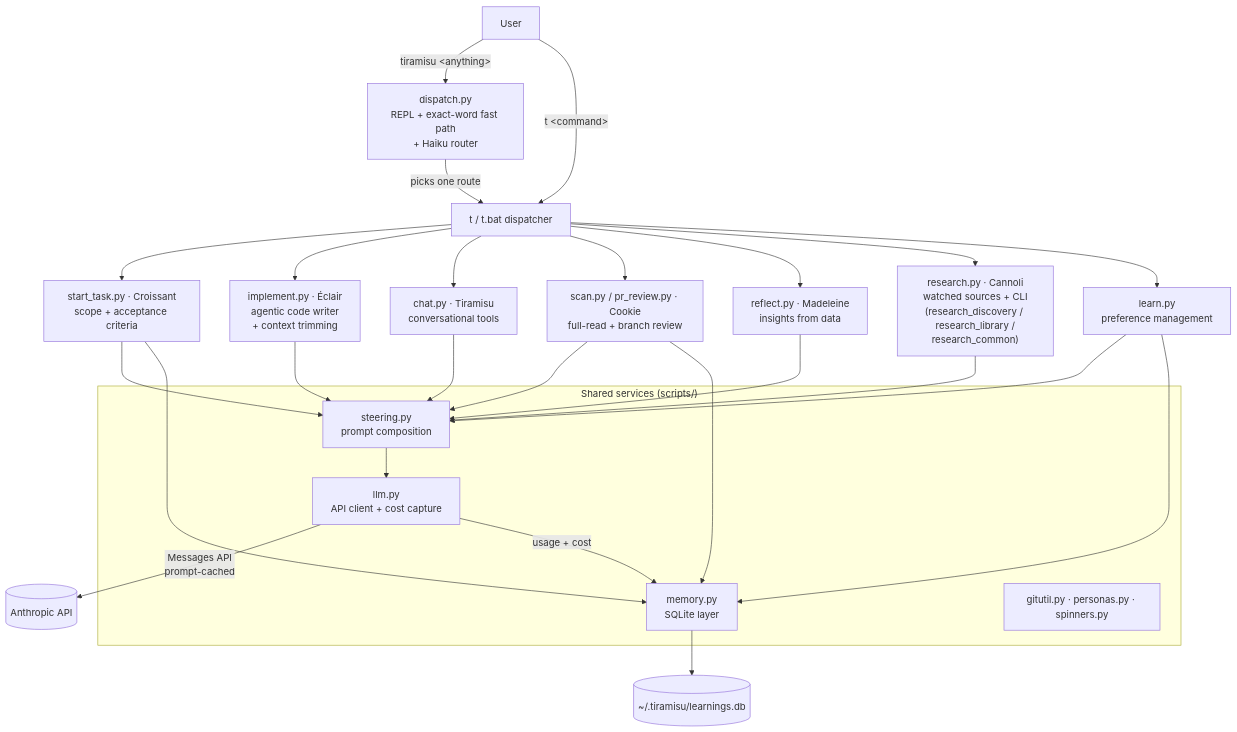
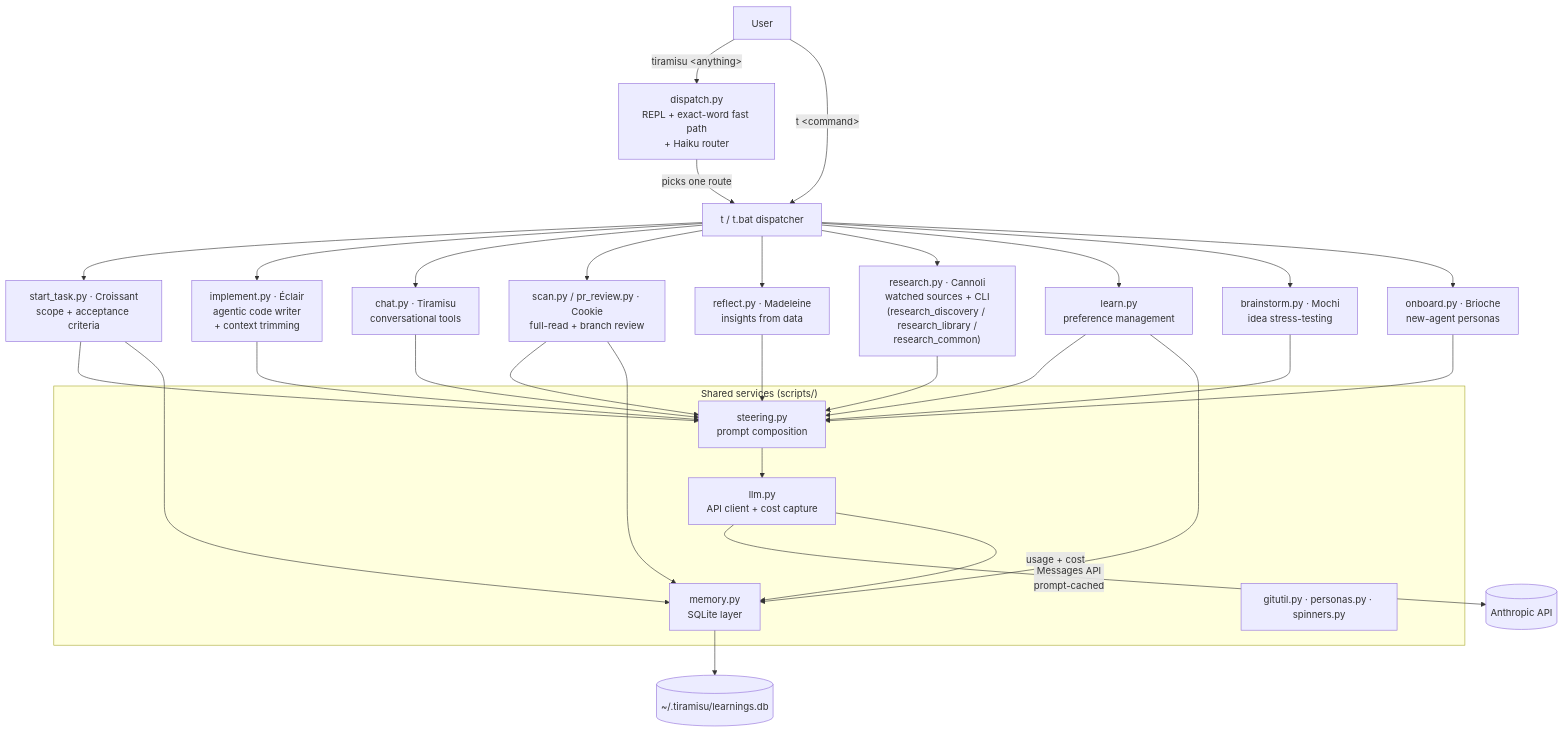
One commit to TcgVanguardTroll/Tiramisu changed the first of 7 diagrams in docs/DESIGN.md. Above: the diagram before and after it, drawn with Mermaid. The commit also changed 5 other files, not shown here.

First line of the commit message:
docs: crew tables, diagrams, CHANGELOG; tag-ready v1.0.0

````diff
--- a/docs/DESIGN.md
+++ b/docs/DESIGN.md
@@ -16,28 +16,30 @@
 ```mermaid
 flowchart TD
     U[User] -->|"tiramisu &lt;anything&gt;"| D[dispatch.py<br/>REPL + exact-word fast path<br/>+ Haiku router]
     U -->|"t &lt;command&gt;"| T[t / t.bat dispatcher]
     D -->|picks one route| T
 
     T --> TASK["start_task.py · Croissant<br/>scope + acceptance criteria"]
     T --> IMPL["implement.py · Éclair<br/>agentic code writer<br/>+ context trimming"]
     T --> CHAT["chat.py · Tiramisu<br/>conversational tools"]
     T --> SCAN["scan.py / pr_review.py · Cookie<br/>full-read + branch review"]
     T --> REFL["reflect.py · Madeleine<br/>insights from data"]
     T --> RES["research.py · Cannoli<br/>watched sources + CLI<br/>(research_discovery / research_library /<br/>research_common)"]
     T --> LEARN["learn.py<br/>preference management"]
+    T --> BRAIN["brainstorm.py · Mochi<br/>idea stress-testing"]
+    T --> ONB["onboard.py · Brioche<br/>new-agent personas"]
 
     subgraph SHARED["Shared services (scripts/)"]
         ST[steering.py<br/>prompt composition]
         LLM[llm.py<br/>API client + cost capture]
         MEM[memory.py<br/>SQLite layer]
         GU[gitutil.py · personas.py · spinners.py]
     end
 
-    TASK & IMPL & CHAT & SCAN & REFL & RES & LEARN --> ST
+    TASK & IMPL & CHAT & SCAN & REFL & RES & LEARN & BRAIN & ONB --> ST
     ST --> LLM
     LLM -->|Messages API<br/>prompt-cached| API[(Anthropic API)]
     LLM -->|usage + cost| MEM
     TASK & SCAN & LEARN --> MEM
     MEM --> DB[("~/.tiramisu/learnings.db")]
 ```
````
